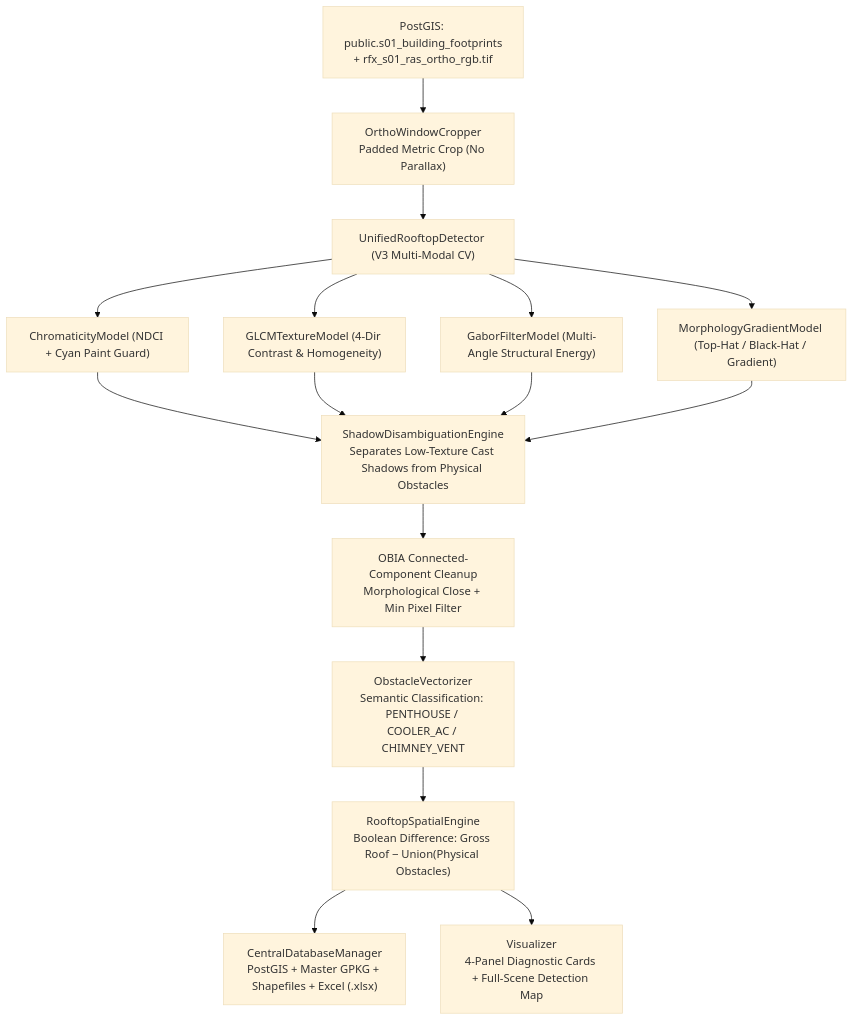
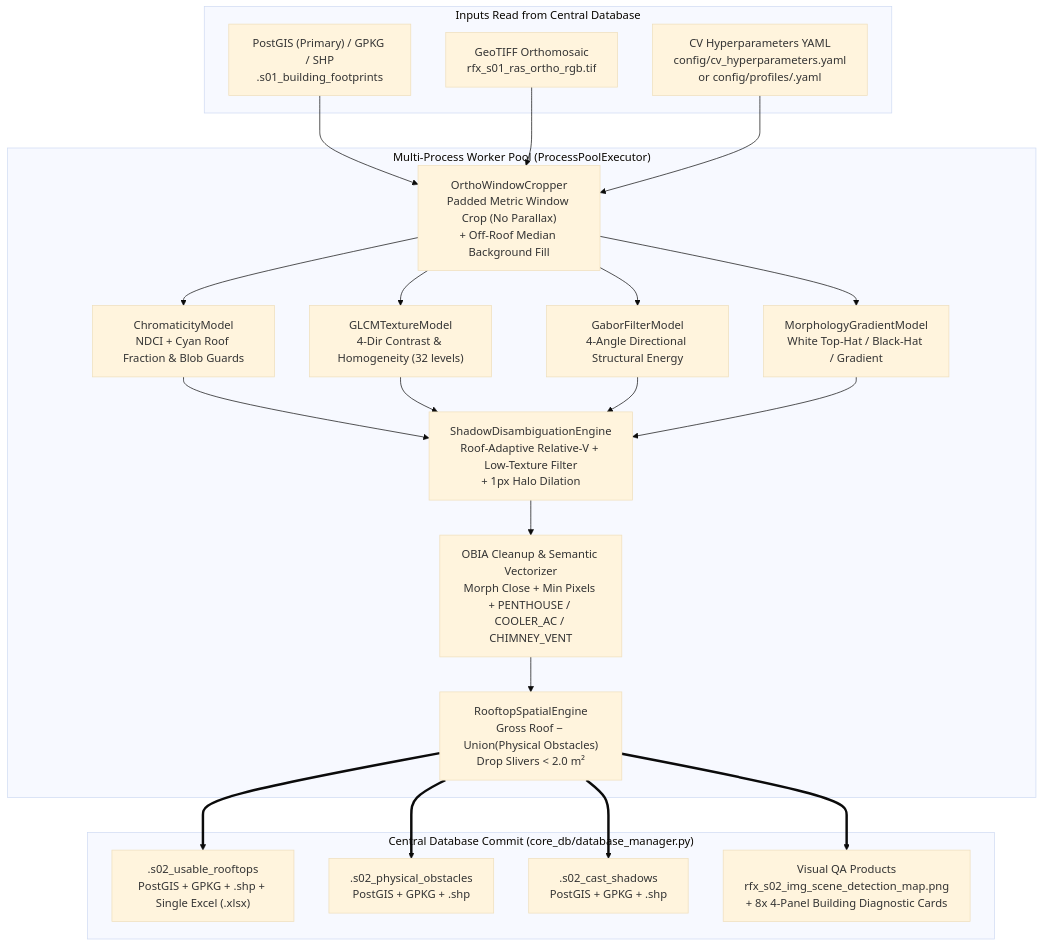
The diagram in section2_object_detection/README.md (alisa6088/RayFlux-EcoSystem), drawn with Mermaid (base theme) before and after one commit. The commit also changed other lines of this file and 3 other files, not shown here.

Commit message:
docs: comprehensive update of root and Section 1-3 READMEs with full DB I/O, schemas, and Studio docs

````diff
--- a/section2_object_detection/README.md
+++ b/section2_object_detection/README.md
@@ -17,15 +38,33 @@
 ```mermaid
 flowchart TD
-    A["PostGIS: public.s01_building_footprints<br/>+ rfx_s01_ras_ortho_rgb.tif"] --> B["OrthoWindowCropper<br/>Padded Metric Crop (No Parallax)"]
-    B --> C["UnifiedRooftopDetector (V3 Multi-Modal CV)"]
-    C --> C1["ChromaticityModel (NDCI + Cyan Paint Guard)"]
-    C --> C2["GLCMTextureModel (4-Dir Contrast & Homogeneity)"]
-    C --> C3["GaborFilterModel (Multi-Angle Structural Energy)"]
-    C --> C4["MorphologyGradientModel (Top-Hat / Black-Hat / Gradient)"]
-    C1 & C2 & C3 & C4 --> D["ShadowDisambiguationEngine<br/>Separates Low-Texture Cast Shadows from Physical Obstacles"]
-    D --> E["OBIA Connected-Component Cleanup<br/>Morphological Close + Min Pixel Filter"]
-    E --> F["ObstacleVectorizer<br/>Semantic Classification: PENTHOUSE / COOLER_AC / CHIMNEY_VENT"]
-    F --> G["RooftopSpatialEngine<br/>Boolean Difference: Gross Roof − Union(Physical Obstacles)"]
-    G --> H["CentralDatabaseManager<br/>PostGIS + Master GPKG + Shapefiles + Excel (.xlsx)"]
-    G --> I["Visualizer<br/>4-Panel Diagnostic Cards + Full-Scene Detection Map"]
+    subgraph DB_IN ["Inputs Read from Central Database"]
+        PG_IN["PostGIS (Primary) / GPKG / SHP<br/><schema>.s01_building_footprints"]
+        RAS_IN["GeoTIFF Orthomosaic<br/>rfx_s01_ras_ortho_rgb.tif"]
+        YAML_IN["CV Hyperparameters YAML<br/>config/cv_hyperparameters.yaml<br/>or config/profiles/<profile>.yaml"]
+    end
+
+    subgraph S2_WORK ["Multi-Process Worker Pool (ProcessPoolExecutor)"]
+        CROP["OrthoWindowCropper<br/>Padded Metric Window Crop (No Parallax)<br/>+ Off-Roof Median Background Fill"]
+        M1["ChromaticityModel<br/>NDCI + Cyan Roof Fraction & Blob Guards"]
+        M2["GLCMTextureModel<br/>4-Dir Contrast & Homogeneity (32 levels)"]
+        M3["GaborFilterModel<br/>4-Angle Directional Structural Energy"]
+        M4["MorphologyGradientModel<br/>White Top-Hat / Black-Hat / Gradient"]
+        SHD["ShadowDisambiguationEngine<br/>Roof-Adaptive Relative-V + Low-Texture Filter<br/>+ 1px Halo Dilation"]
+        OBIA["OBIA Cleanup & Semantic Vectorizer<br/>Morph Close + Min Pixels + PENTHOUSE / COOLER_AC / CHIMNEY_VENT"]
+        SUB["RooftopSpatialEngine<br/>Gross Roof − Union(Physical Obstacles)<br/>Drop Slivers < 2.0 m²"]
+
+        CROP --> M1 & M2 & M3 & M4
+        M1 & M2 & M3 & M4 --> SHD
+        SHD --> OBIA --> SUB
+    end
+
+    subgraph DB_OUT ["Central Database Commit (core_db/database_manager.py)"]
+        OUT1["<schema>.s02_usable_rooftops<br/>PostGIS + GPKG + .shp + Single Excel (.xlsx)"]
+        OUT2["<schema>.s02_physical_obstacles<br/>PostGIS + GPKG + .shp"]
+        OUT3["<schema>.s02_cast_shadows<br/>PostGIS + GPKG + .shp"]
+        VIS["Visual QA Products<br/>rfx_s02_img_scene_detection_map.png<br/>+ 8x 4-Panel Building Diagnostic Cards"]
+    end
+
+    PG_IN & RAS_IN & YAML_IN --> CROP
+    SUB ==> OUT1 & OUT2 & OUT3 & VIS
 ```
````
